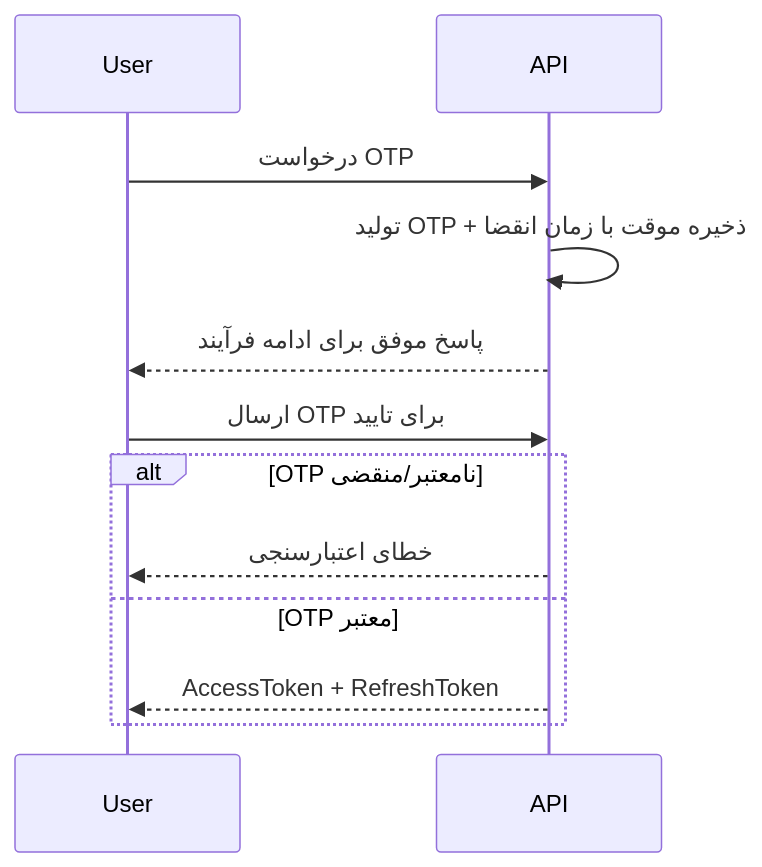
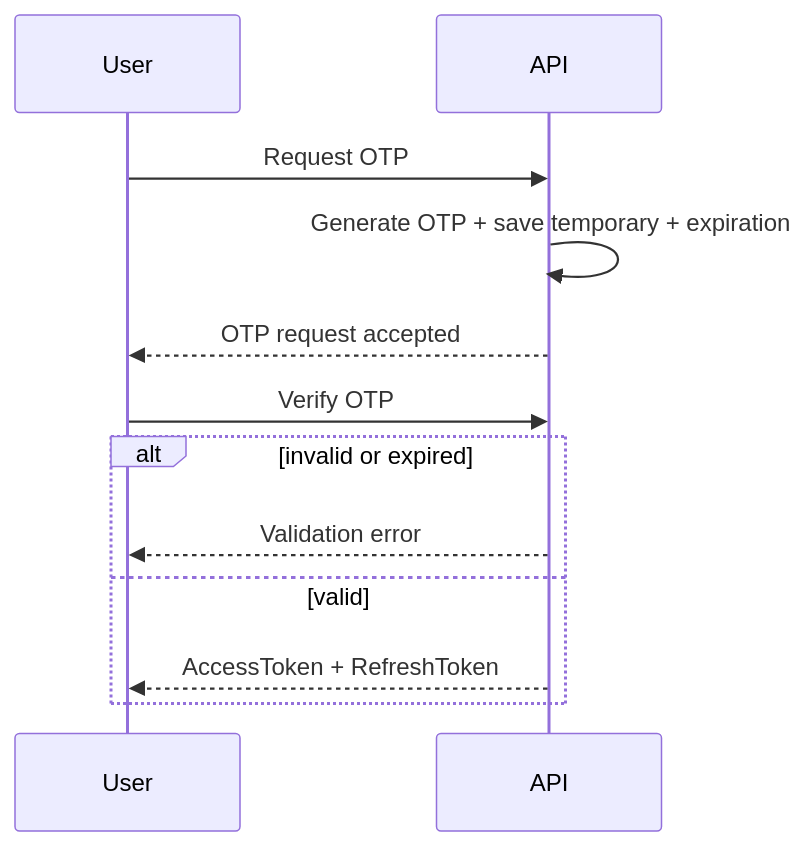
The second of 2 diagrams in README.md (Rezakp3/AuroraBase), drawn with Mermaid before and after one commit. The commit also changed other lines of this file, not shown here.

````diff
--- a/README.md
+++ b/README.md
@@ -188,16 +382,16 @@
 ```mermaid
 sequenceDiagram
     participant U as User
     participant A as API
 
-    U->>A: درخواست OTP
-    A->>A: تولید OTP + ذخیره موقت با زمان انقضا
-    A-->>U: پاسخ موفق برای ادامه فرآیند
+    U->>A: Request OTP
+    A->>A: Generate OTP + save temporary + expiration
+    A-->>U: OTP request accepted
 
-    U->>A: ارسال OTP برای تایید
-    alt OTP نامعتبر/منقضی
-        A-->>U: خطای اعتبارسنجی
-    else OTP معتبر
+    U->>A: Verify OTP
+    alt invalid or expired
+        A-->>U: Validation error
+    else valid
         A-->>U: AccessToken + RefreshToken
     end
 ```
````
